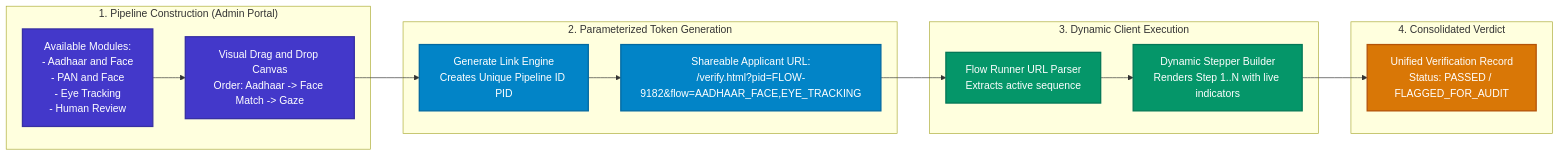
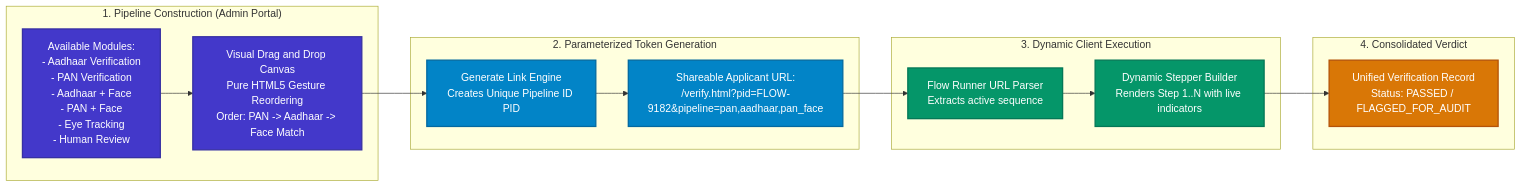
The fourth of 7 diagrams in README.md (Saravanan2005real/identity-verify-mvp), drawn with Mermaid before and after one commit. The commit also changed other lines of this file and 23 other files, not shown here.

Commit message:
feat: drag-and-drop pipeline canvas, 8-digit OTP with clipboard paste, unified README, and security controls

````diff
--- a/README.md
+++ b/README.md
@@ -227,30 +278,30 @@
 ```mermaid
 graph LR
     classDef builder fill:#4338ca,stroke:#3730a3,stroke-width:2px,color:#ffffff
     classDef link fill:#0284c7,stroke:#0369a1,stroke-width:2px,color:#ffffff
     classDef runner fill:#059669,stroke:#047857,stroke-width:2px,color:#ffffff
     classDef decision fill:#d97706,stroke:#b45309,stroke-width:2px,color:#ffffff
 
     subgraph BuilderStep ["1. Pipeline Construction (Admin Portal)"]
-        Modules["Available Modules:<br/>- Aadhaar and Face<br/>- PAN and Face<br/>- Eye Tracking<br/>- Human Review"]:::builder
-        Canvas["Visual Drag and Drop Canvas<br/>Order: Aadhaar -> Face Match -> Gaze"]:::builder
+        Modules["Available Modules:<br/>- Aadhaar Verification<br/>- PAN Verification<br/>- Aadhaar + Face<br/>- PAN + Face<br/>- Eye Tracking<br/>- Human Review"]:::builder
+        Canvas["Visual Drag and Drop Canvas<br/>Pure HTML5 Gesture Reordering<br/>Order: PAN -> Aadhaar -> Face Match"]:::builder
         Modules --> Canvas
     end
 
     subgraph LinkStep ["2. Parameterized Token Generation"]
         Generator["Generate Link Engine<br/>Creates Unique Pipeline ID PID"]:::link
-        ShareURL["Shareable Applicant URL:<br/>/verify.html?pid=FLOW-9182&flow=AADHAAR_FACE,EYE_TRACKING"]:::link
+        ShareURL["Shareable Applicant URL:<br/>/verify.html?pid=FLOW-9182&pipeline=pan,aadhaar,pan_face"]:::link
         Canvas --> Generator --> ShareURL
     end
 
     subgraph ExecutionStep ["3. Dynamic Client Execution"]
         Parser["Flow Runner URL Parser<br/>Extracts active sequence"]:::runner
         Stepper["Dynamic Stepper Builder<br/>Renders Step 1..N with live indicators"]:::runner
         ShareURL --> Parser --> Stepper
     end
 
     subgraph VerdictStep ["4. Consolidated Verdict"]
         Audit["Unified Verification Record<br/>Status: PASSED / FLAGGED_FOR_AUDIT"]:::decision
         Stepper --> Audit
     end
 ```
````
